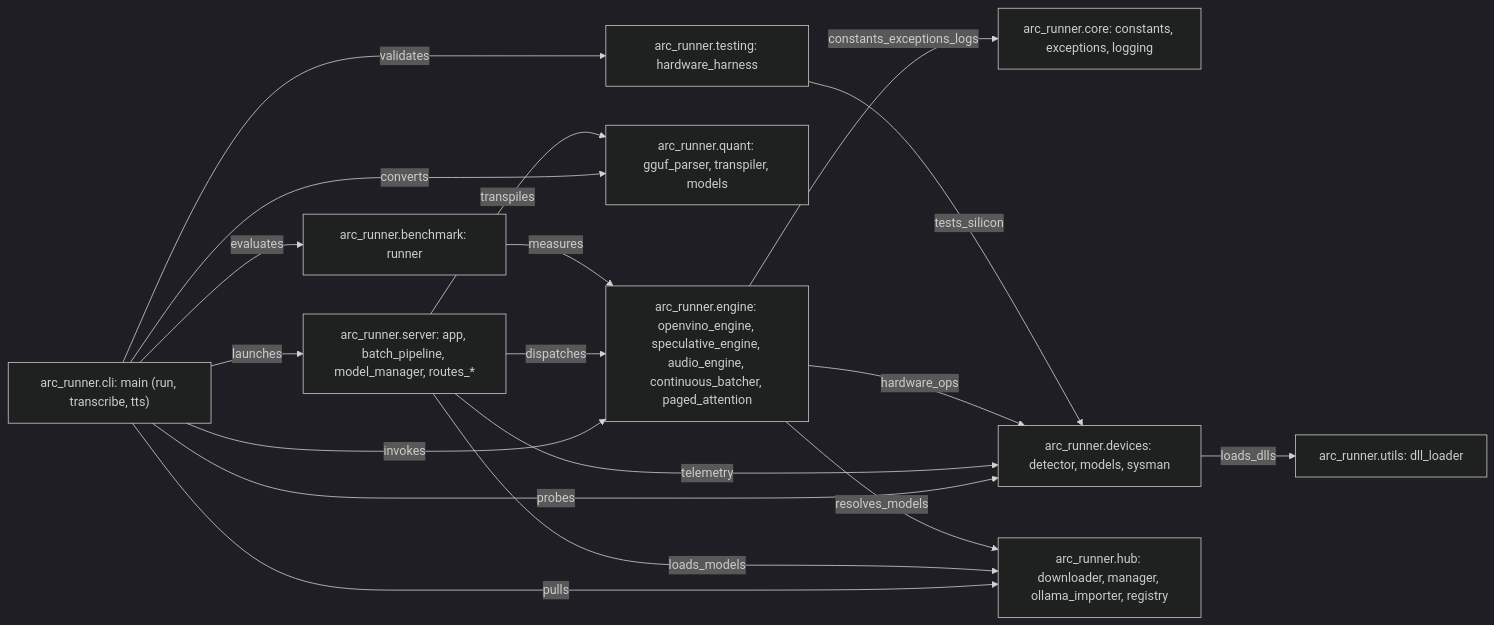
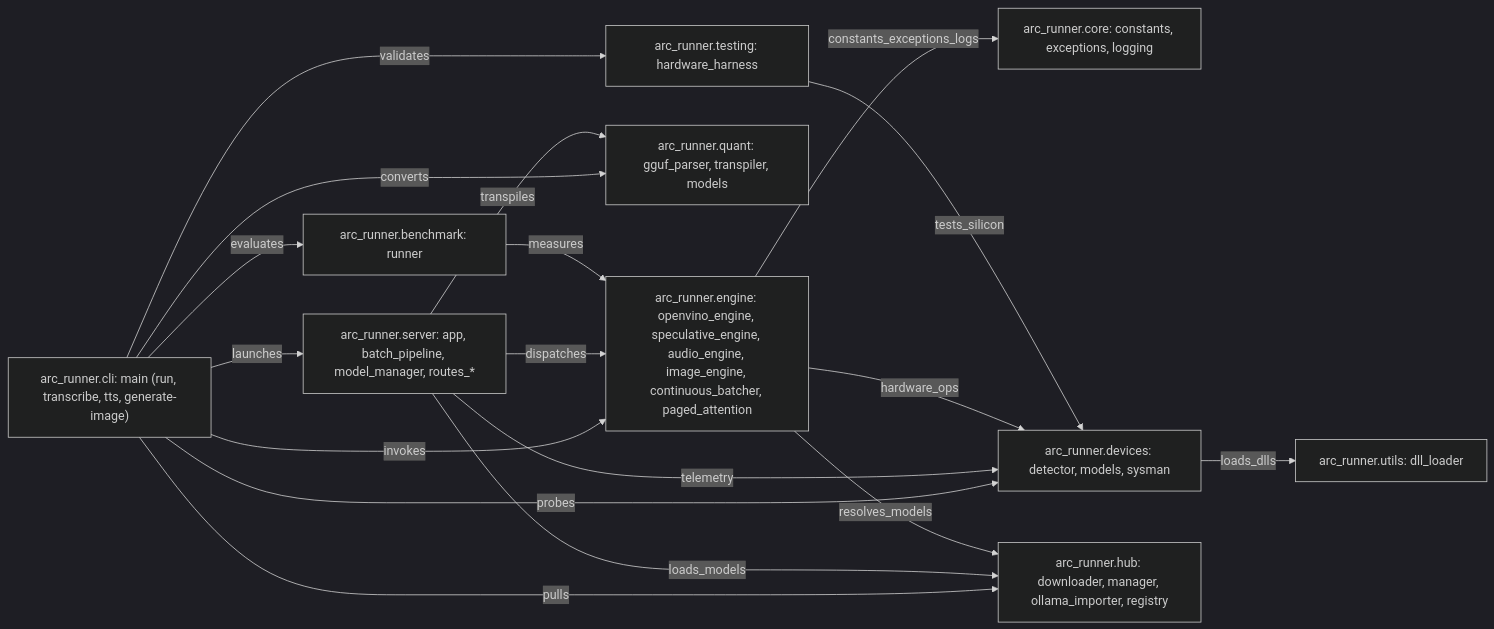
Before and after one commit to techdeveloper-org/intel-arc-models-runner: the first of 13 diagrams in docs/diagrams/README.md, drawn with Mermaid (dark theme). The commit also changed other lines of this file and 29 other files, not shown here.

First line of the commit message:
docs(diagrams): synchronize all 13 UML and Draw.io diagrams with ImageEngine and Proofs M73-M93 (fixes #28)

````diff
--- a/docs/diagrams/README.md
+++ b/docs/diagrams/README.md
@@ -35,31 +37,31 @@
 ```mermaid
 flowchart LR
     arc_runner_core["arc_runner.core: constants, exceptions, logging"]
     arc_runner_devices["arc_runner.devices: detector, models, sysman"]
-    arc_runner_engine["arc_runner.engine: openvino_engine, speculative_engine, audio_engine, continuous_batcher, paged_attention"]
+    arc_runner_engine["arc_runner.engine: openvino_engine, speculative_engine, audio_engine, image_engine, continuous_batcher, paged_attention"]
     arc_runner_quant["arc_runner.quant: gguf_parser, transpiler, models"]
     arc_runner_hub["arc_runner.hub: downloader, manager, ollama_importer, registry"]
     arc_runner_server["arc_runner.server: app, batch_pipeline, model_manager, routes_*"]
-    arc_runner_cli["arc_runner.cli: main (run, transcribe, tts)"]
+    arc_runner_cli["arc_runner.cli: main (run, transcribe, tts, generate-image)"]
     arc_runner_benchmark["arc_runner.benchmark: runner"]
     arc_runner_testing["arc_runner.testing: hardware_harness"]
     arc_runner_utils["arc_runner.utils: dll_loader"]
 
     arc_runner_cli -->|launches| arc_runner_server
     arc_runner_cli -->|invokes| arc_runner_engine
     arc_runner_cli -->|probes| arc_runner_devices
     arc_runner_cli -->|pulls| arc_runner_hub
     arc_runner_cli -->|converts| arc_runner_quant
     arc_runner_cli -->|evaluates| arc_runner_benchmark
     arc_runner_cli -->|validates| arc_runner_testing
     arc_runner_server -->|dispatches| arc_runner_engine
     arc_runner_server -->|telemetry| arc_runner_devices
     arc_runner_server -->|loads_models| arc_runner_hub
     arc_runner_server -->|transpiles| arc_runner_quant
     arc_runner_engine -->|hardware_ops| arc_runner_devices
     arc_runner_engine -->|constants_exceptions_logs| arc_runner_core
     arc_runner_engine -->|resolves_models| arc_runner_hub
     arc_runner_devices -->|loads_dlls| arc_runner_utils
     arc_runner_benchmark -->|measures| arc_runner_engine
     arc_runner_testing -->|tests_silicon| arc_runner_devices
 ```
````
